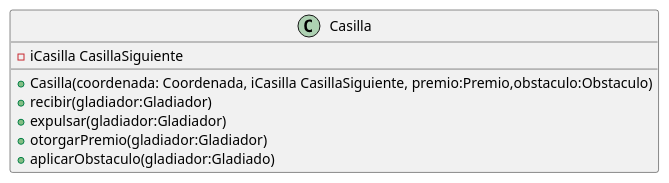
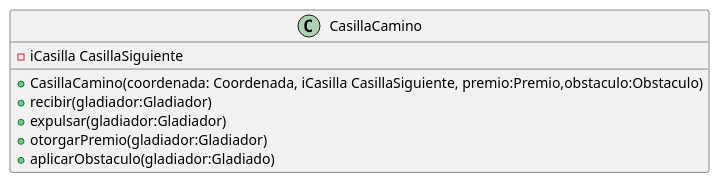
One commit to mcumskov/Algo3_tp2 changed the diagram in diagrams/clases/casilla/clase_casilla.plantuml. Above: the diagram before and after it, drawn with PlantUML. The commit also changed 6 other files, not shown here.

```diff
--- a/diagrams/clases/casilla/clase_casilla.plantuml
+++ b/diagrams/clases/casilla/clase_casilla.plantuml
@@ -1,10 +1,10 @@
 @startuml
-class Casilla {
+class CasillaCamino {
     - iCasilla CasillaSiguiente
-    + Casilla(coordenada: Coordenada, iCasilla CasillaSiguiente, premio:Premio,obstaculo:Obstaculo)
+    + CasillaCamino(coordenada: Coordenada, iCasilla CasillaSiguiente, premio:Premio,obstaculo:Obstaculo)
     + recibir(gladiador:Gladiador)
     + expulsar(gladiador:Gladiador)
     + otorgarPremio(gladiador:Gladiador)
     + aplicarObstaculo(gladiador:Gladiado)
 }
 @enduml
```
